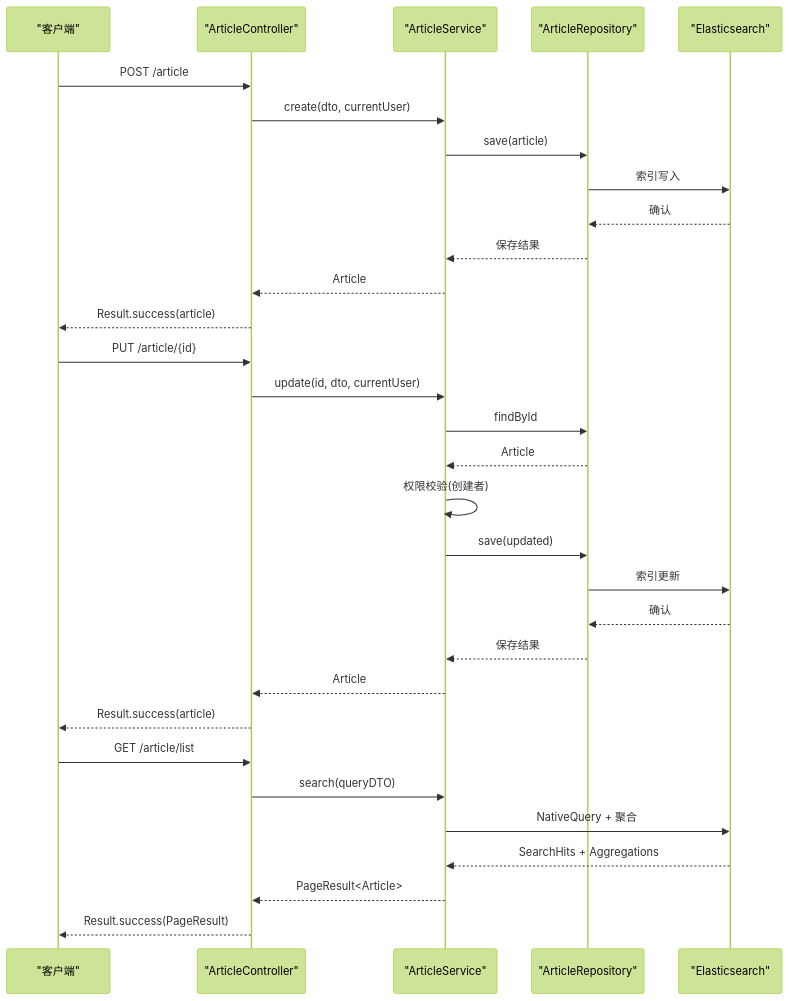
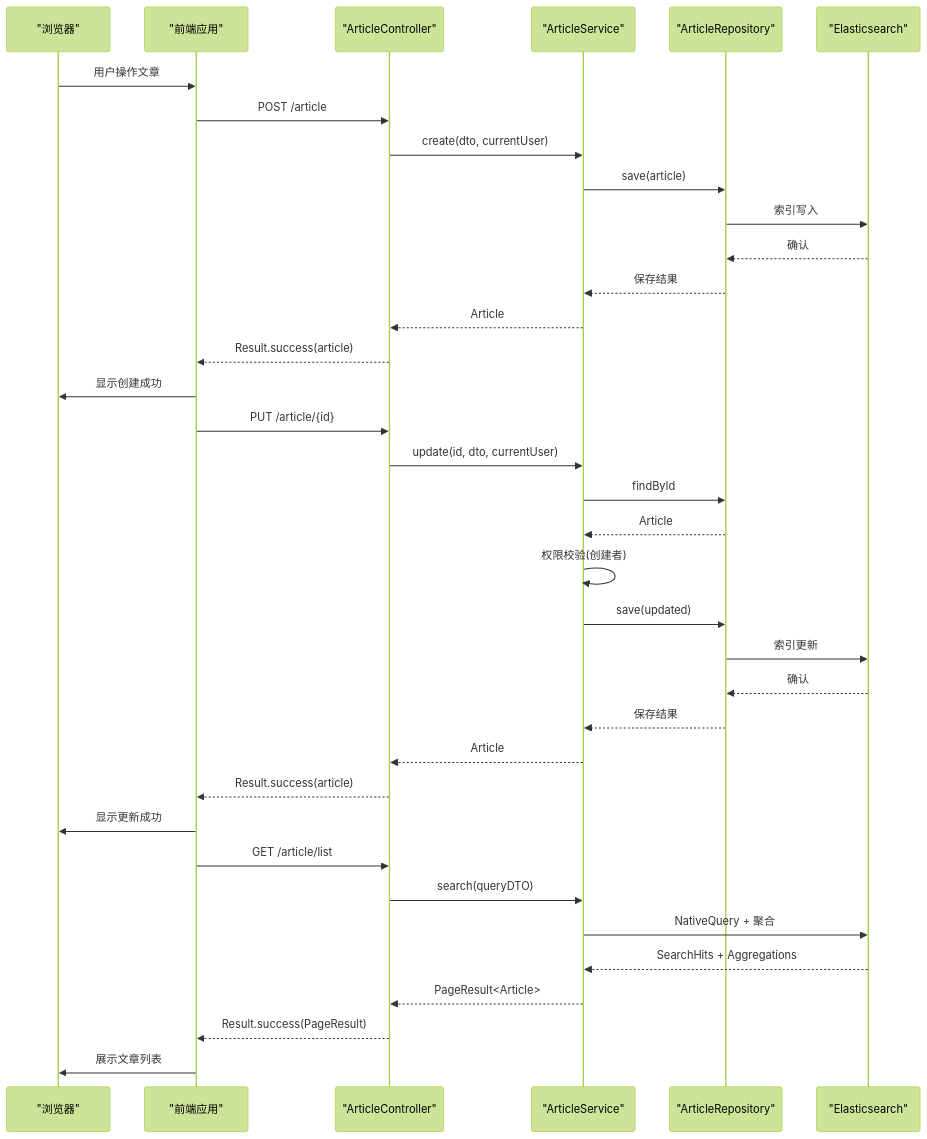
Before and after one commit to 20164206160/zhishilu: the fourth of 8 diagrams in .qoder/repowiki/zh/content/系统架构/整体架构设计.md, drawn with Mermaid (forest theme). The commit also changed other lines of this file and 28 other files, not shown here.

````diff
--- a/.qoder/repowiki/zh/content/系统架构/整体架构设计.md
+++ b/.qoder/repowiki/zh/content/系统架构/整体架构设计.md
@@ -212,33 +257,38 @@
 ```mermaid
 sequenceDiagram
-participant C as "客户端"
+participant Browser as "浏览器"
+participant Frontend as "前端应用"
 participant ARCT as "ArticleController"
 participant AS as "ArticleService"
 participant ART as "ArticleRepository"
 participant ES as "Elasticsearch"
-C->>ARCT : POST /article
+Browser->>Frontend : 用户操作文章
+Frontend->>ARCT : POST /article
 ARCT->>AS : create(dto, currentUser)
 AS->>ART : save(article)
 ART->>ES : 索引写入
 ES-->>ART : 确认
 ART-->>AS : 保存结果
 AS-->>ARCT : Article
-ARCT-->>C : Result.success(article)
-C->>ARCT : PUT /article/{id}
+ARCT-->>Frontend : Result.success(article)
+Frontend->>Browser : 显示创建成功
+Frontend->>ARCT : PUT /article/{id}
 ARCT->>AS : update(id, dto, currentUser)
 AS->>ART : findById
 ART-->>AS : Article
 AS->>AS : 权限校验(创建者)
 AS->>ART : save(updated)
 ART->>ES : 索引更新
 ES-->>ART : 确认
 ART-->>AS : 保存结果
 AS-->>ARCT : Article
-ARCT-->>C : Result.success(article)
-C->>ARCT : GET /article/list
+ARCT-->>Frontend : Result.success(article)
+Frontend->>Browser : 显示更新成功
+Frontend->>ARCT : GET /article/list
 ARCT->>AS : search(queryDTO)
 AS->>ES : NativeQuery + 聚合
 ES-->>AS : SearchHits + Aggregations
 AS-->>ARCT : PageResult<Article>
-ARCT-->>C : Result.success(PageResult)
+ARCT-->>Frontend : Result.success(PageResult)
+Frontend->>Browser : 展示文章列表
 ```
````
